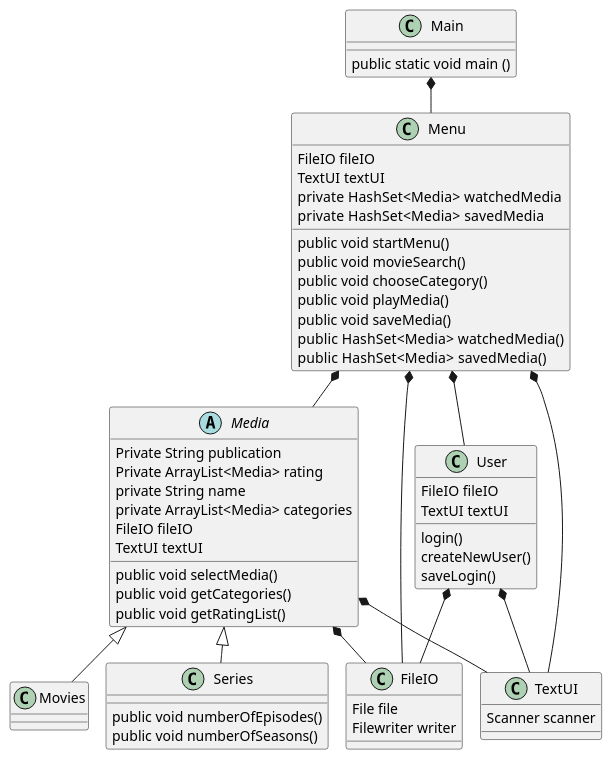
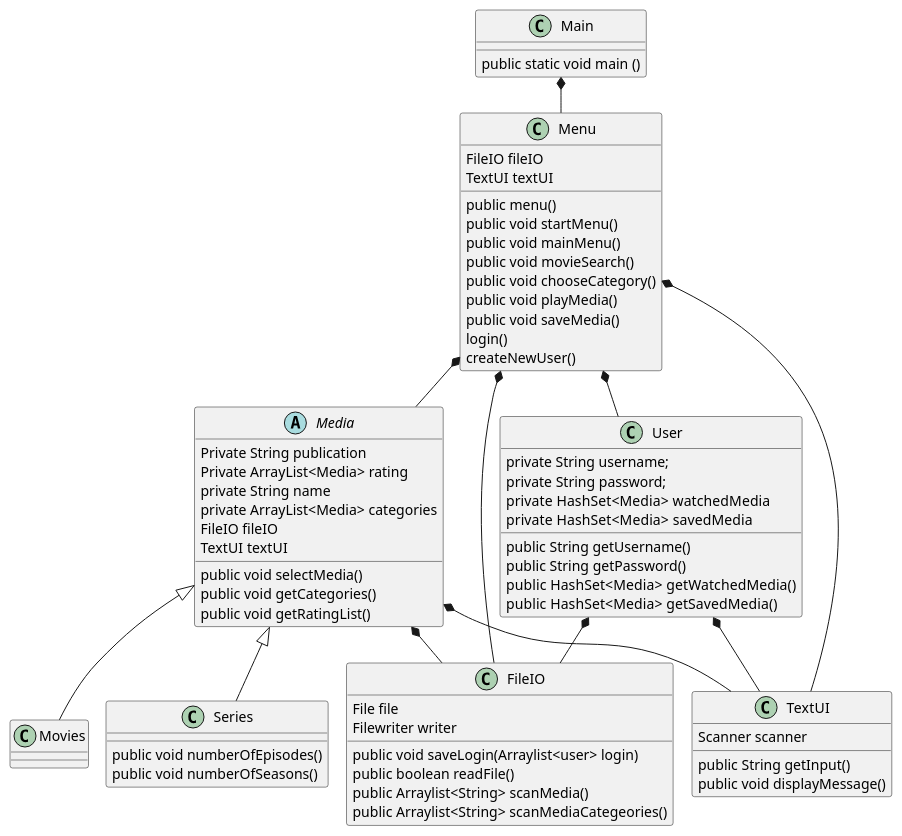
One commit to MichellaBech/SP3 changed the diagram in out/production/SP3/.idea/Class.puml. Above: the diagram before and after it, drawn with PlantUML. The commit also changed 2 other files, not shown here.

```diff
--- a/out/production/SP3/.idea/Class.puml
+++ b/out/production/SP3/.idea/Class.puml
@@ -1,85 +1,97 @@
 @startuml
 'https://plantuml.com/class-diagram
 !pragma layout smetana
 
 class FileIO
 class Movies
 class Series
 Abstract Class Media
 class TextUI
 class User
 class Menu
 class Main
 
 Media <|-- Movies
 Media <|-- Series
 
 Main *-- Menu
 Menu *-- User
 Menu *-- Media
 Menu *-- FileIO
 Menu *-- TextUI
 User *-- FileIO
 User *-- TextUI
 Media *-- FileIO
 Media *-- TextUI
 
 class TextUI
 {
 Scanner scanner
+
+public String getInput()
+public void displayMessage()
 }
 
 class FileIO {
 File file
 Filewriter writer
+public void saveLogin(Arraylist<user> login)
+public boolean readFile()
+public Arraylist<String> scanMedia()
+public Arraylist<String> scanMediaCategeories()
 }
 
 class Main {
 public static void main ()
 }
 
 Abstract Class Media {
 Private String publication
 Private ArrayList<Media> rating
 private String name
 private ArrayList<Media> categories
 FileIO fileIO
 TextUI textUI
 public void selectMedia()
 public void getCategories()
 public void getRatingList()
 }
 
 class Movies{
 
 }
 
 class Series {
 public void numberOfEpisodes()
 public void numberOfSeasons()
 }
 
 class User{
-FileIO fileIO
-TextUI textUI
-login()
-createNewUser()
-saveLogin()
+
+private String username;
+private String password;
+private  HashSet<Media> watchedMedia
+private  HashSet<Media> savedMedia
+public String getUsername()
+public String getPassword()
+public  HashSet<Media> getWatchedMedia()
+public  HashSet<Media> getSavedMedia()
+
 }
 
 class Menu {
 FileIO fileIO
 TextUI textUI
-private  HashSet<Media> watchedMedia
-private  HashSet<Media> savedMedia
+public menu()
 public void startMenu()
+public void mainMenu()
 public void movieSearch()
 public void chooseCategory()
 public void playMedia()
 public void saveMedia()
-public  HashSet<Media> watchedMedia()
-public  HashSet<Media> savedMedia()
+login()
+createNewUser()
 }
 
 
 @enduml
```
